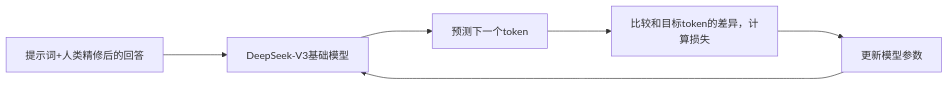
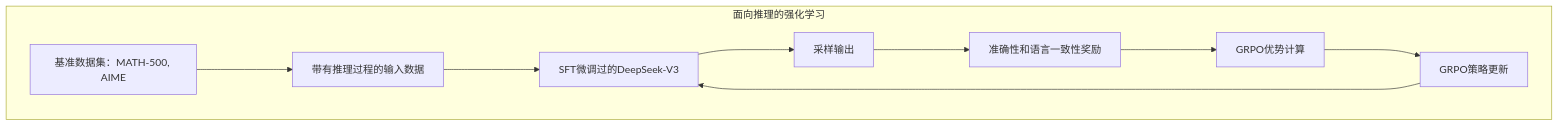
The diagram in test.md (confucianzuoyuan/rl-tutorial), drawn with Mermaid before and after one commit. The commit also changed 1 other file, not shown here.

````diff
--- a/test.md
+++ b/test.md
@@ -1,4 +1,7 @@
 ```mermaid
-graph LR
-    A["提示词+人类精修后的回答"] ---> B["DeepSeek-V3基础模型"] ---> C["预测下一个token"] ---> D["比较和目标token的差异，计算损失"] ---> E["更新模型参数"] ---> B
+graph TB
+    subgraph subA["面向推理的强化学习"]
+    A["基准数据集：MATH-500, AIME"] ---> B["带有推理过程的输入数据"] ---> C["SFT微调过的DeepSeek-V3"] ---> D["采样输出"] ---> E["准确性和语言一致性奖励"]
+    E ---> F["GRPO优势计算"] ---> G["GRPO策略更新"] ---> C
+    end
 ```
````
